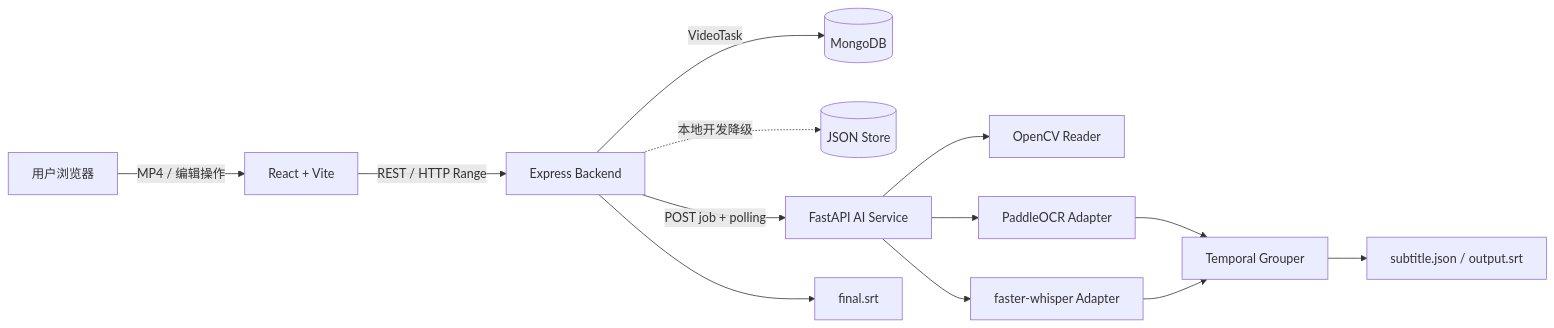
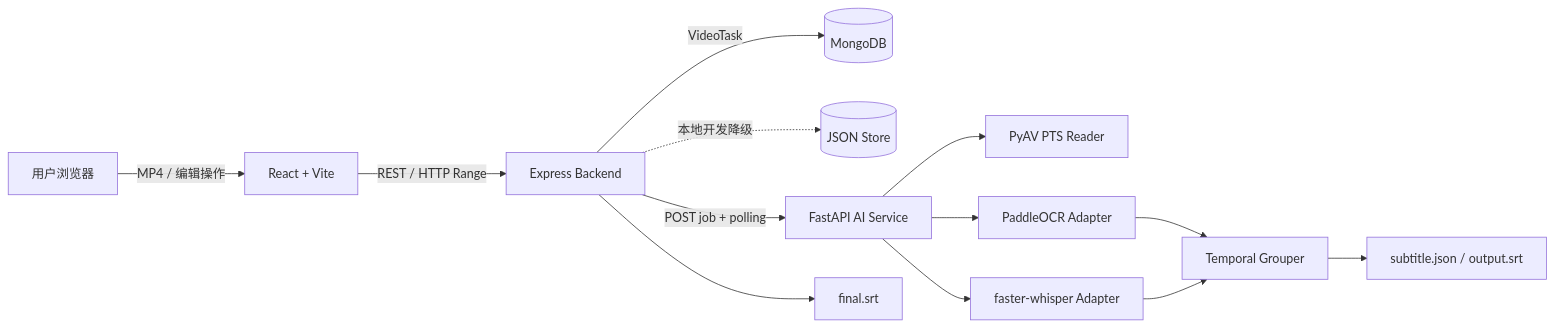
The first of 2 diagrams in docs/ARCHITECTURE.md (OceanHope315/AI-Subtitle-Studio), drawn with Mermaid before and after one commit. The commit also changed other lines of this file and 36 other files, not shown here.

````diff
--- a/docs/ARCHITECTURE.md
+++ b/docs/ARCHITECTURE.md
@@ -11,15 +11,15 @@
 ```mermaid
 flowchart LR
     U["用户浏览器"] -->|"MP4 / 编辑操作"| F["React + Vite"]
     F -->|"REST / HTTP Range"| B["Express Backend"]
     B -->|"VideoTask"| M[("MongoDB")]
     B -.->|"本地开发降级"| J[("JSON Store")]
     B -->|"POST job + polling"| A["FastAPI AI Service"]
-    A --> V["OpenCV Reader"]
+    A --> V["PyAV PTS Reader"]
     A --> O["PaddleOCR Adapter"]
     A --> W["faster-whisper Adapter"]
     O --> G["Temporal Grouper"]
     W --> G
     G --> S["subtitle.json / output.srt"]
     B --> E["final.srt"]
 ```
````
